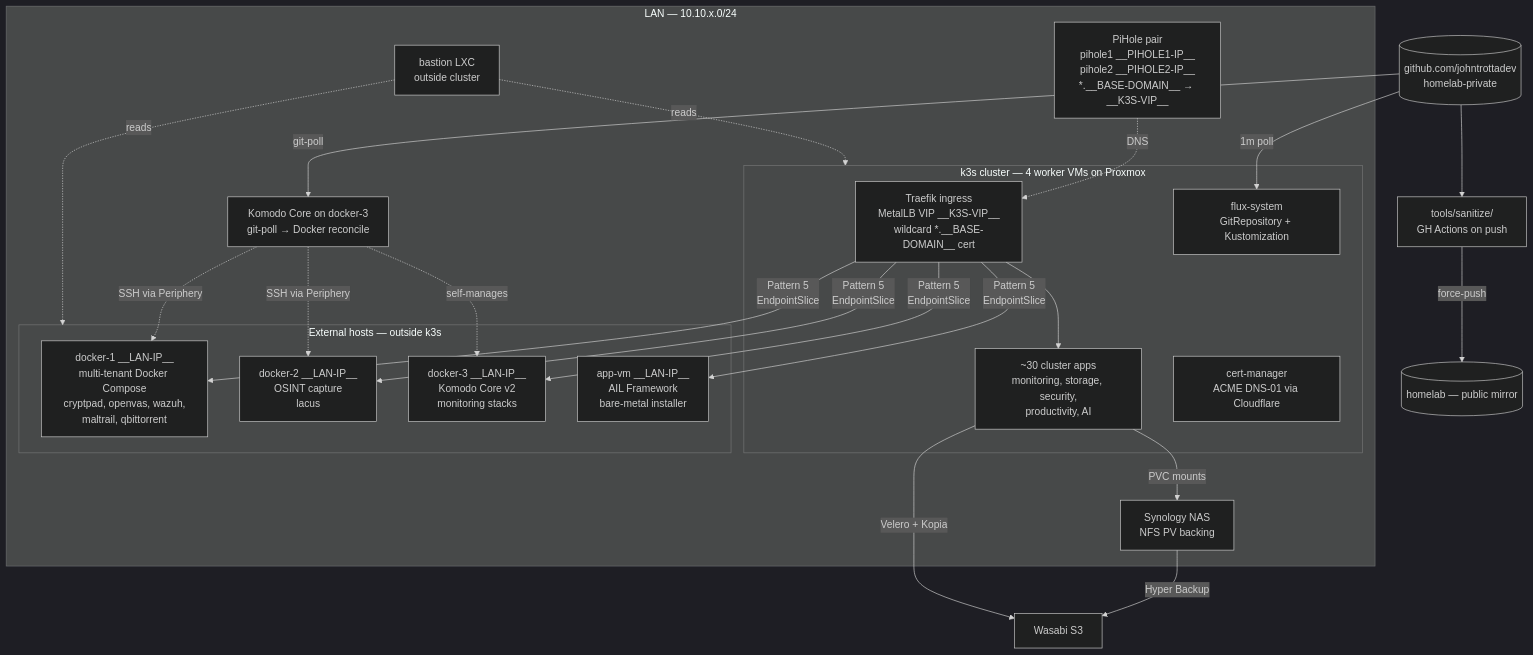
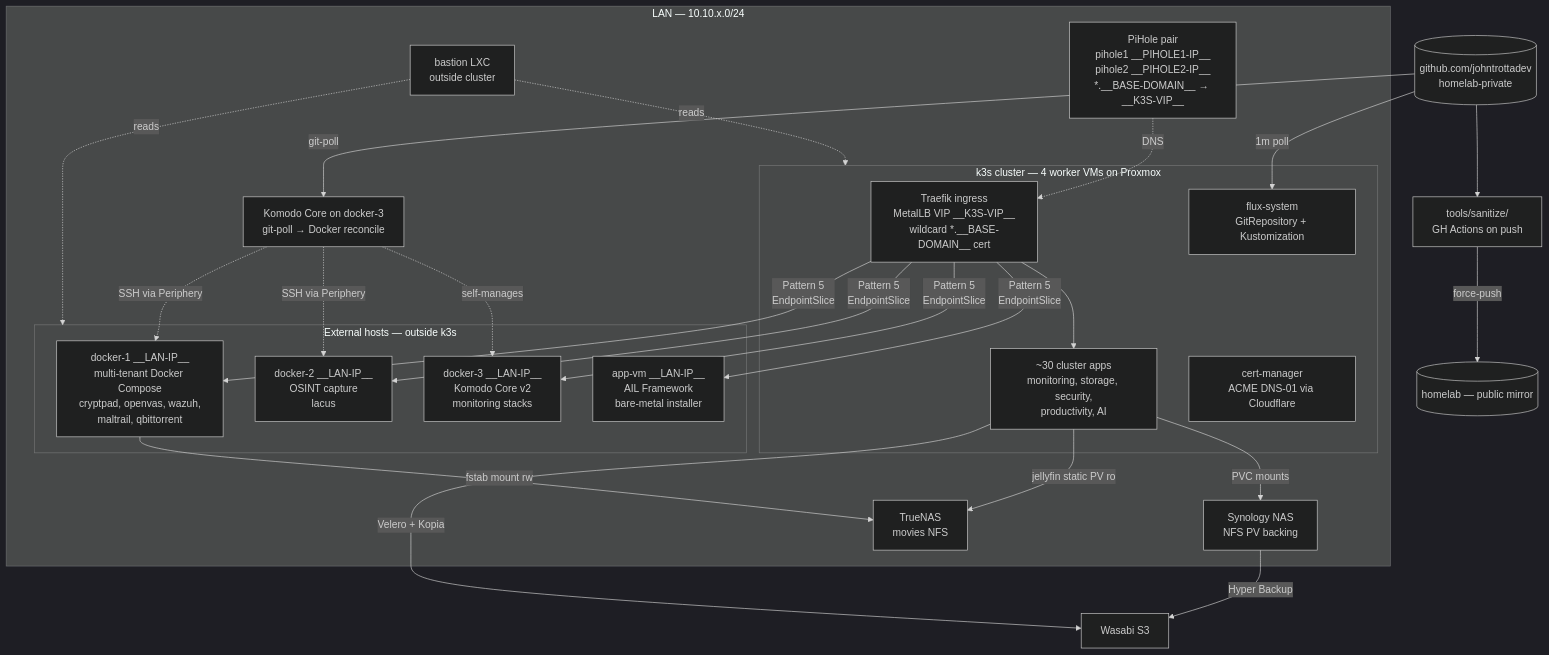
The first of 3 diagrams in README.md (johntrottadev/homelab), drawn with Mermaid (dark theme) before and after one commit. The commit also changed other lines of this file and 1 other file, not shown here.

Commit message:
docs: add TrueNAS (__LAN-IP__) to infrastructure + host inventories

````diff
--- a/README.md
+++ b/README.md
@@ -33,46 +33,50 @@
 ```mermaid
 flowchart TB
     subgraph LAN["LAN — 10.10.x.0/24"]
         subgraph K3S["k3s cluster — 4 worker VMs on Proxmox"]
             TRAEFIK[Traefik ingress<br/>MetalLB VIP __K3S-VIP__<br/>wildcard *.__BASE-DOMAIN__ cert]
             APPS[~30 cluster apps<br/>monitoring, storage, security,<br/>productivity, AI]
             CM[cert-manager<br/>ACME DNS-01 via Cloudflare]
             FLUX[flux-system<br/>GitRepository + Kustomization]
         end
 
         subgraph EXT["External hosts — outside k3s"]
             DOCK1[docker-1 __LAN-IP__<br/>multi-tenant Docker Compose<br/>cryptpad, openvas, wazuh,<br/>maltrail, qbittorrent]
             DOCK2[docker-2 __LAN-IP__<br/>OSINT capture<br/>lacus]
             DOCK3[docker-3 __LAN-IP__<br/>Komodo Core v2<br/>monitoring stacks]
             APPVM[app-vm __LAN-IP__<br/>AIL Framework<br/>bare-metal installer]
         end
 
         PIHOLE[PiHole pair<br/>pihole1 __PIHOLE1-IP__<br/>pihole2 __PIHOLE2-IP__<br/>*.__BASE-DOMAIN__ → __K3S-VIP__]
 
         PIHOLE -.->|DNS| TRAEFIK
         TRAEFIK -->|Pattern 5<br/>EndpointSlice| DOCK1
         TRAEFIK -->|Pattern 5<br/>EndpointSlice| DOCK2
         TRAEFIK -->|Pattern 5<br/>EndpointSlice| DOCK3
         TRAEFIK -->|Pattern 5<br/>EndpointSlice| APPVM
         TRAEFIK --> APPS
 
         KOMODO[Komodo Core on docker-3<br/>git-poll → Docker reconcile]
         KOMODO -.->|SSH via Periphery| DOCK1
         KOMODO -.->|SSH via Periphery| DOCK2
         KOMODO -.->|self-manages| DOCK3
 
         NAS[Synology NAS<br/>NFS PV backing]
         APPS -->|PVC mounts| NAS
 
+        TNAS[TrueNAS<br/>movies NFS]
+        APPS -->|jellyfin static PV ro| TNAS
+        DOCK1 -->|fstab mount rw| TNAS
+
         OPSMAN[bastion LXC<br/>outside cluster]
         OPSMAN -.->|reads| K3S
         OPSMAN -.->|reads| EXT
     end
 
     GIT[(github.com/johntrottadev<br/>homelab-private)] -->|1m poll| FLUX
     GIT -->|git-poll| KOMODO
     SANITIZE[tools/sanitize/<br/>GH Actions on push] -->|force-push| MIRROR[(homelab — public mirror)]
     GIT --> SANITIZE
     NAS -->|Hyper Backup| WASABI[Wasabi S3]
     APPS -->|Velero + Kopia| WASABI
 ```
````
